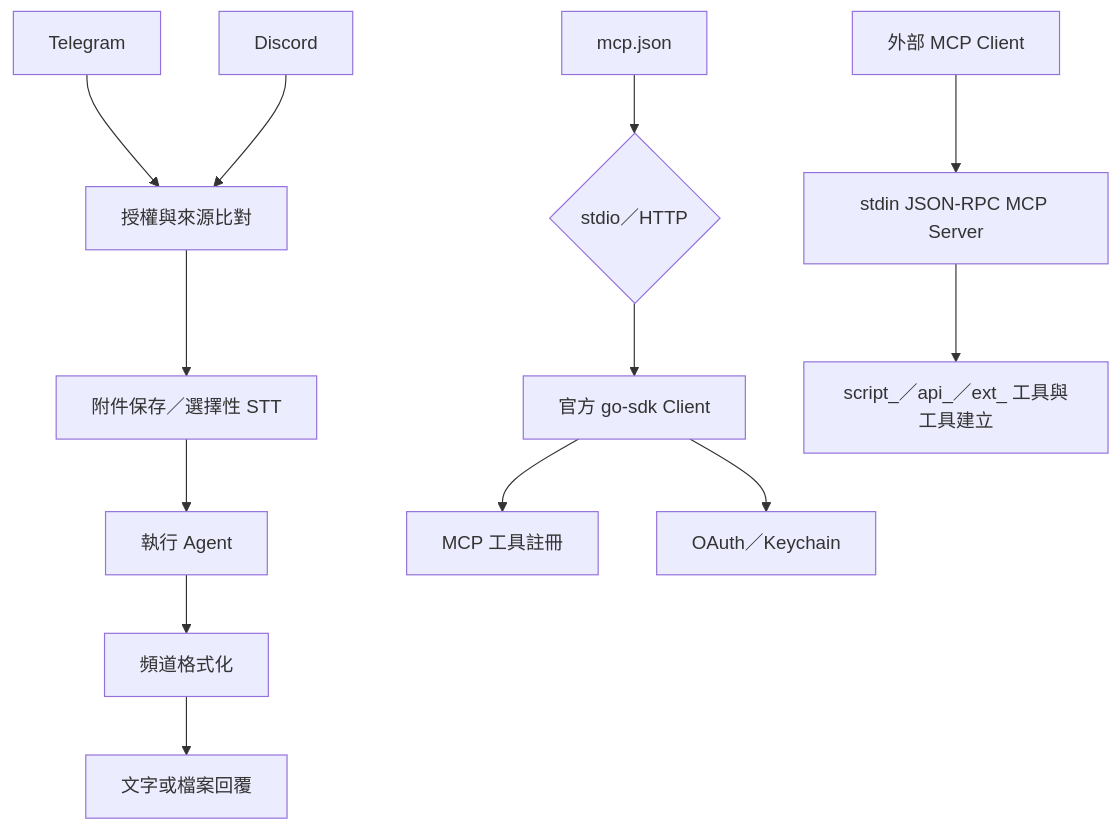
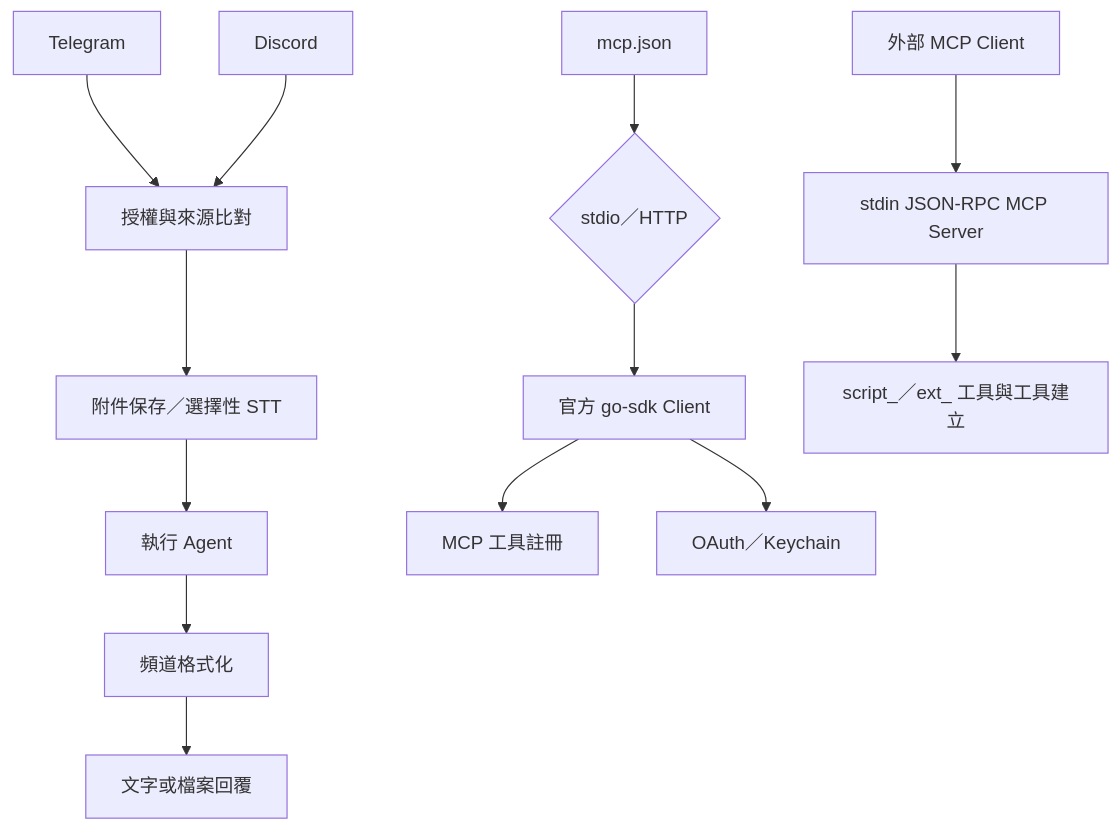
One commit to pardnchiu/Agenvoy changed the eighth of 10 diagrams in doc/architecture.zh.md. Above: the diagram before and after it, drawn with Mermaid. The commit also changed other lines of this file and 5 other files, not shown here.

Commit message:
doc: Update README and architecture docs for public API lookup, sudo/sandbox escalation, background_command and decision model dispatch

````diff
--- a/doc/architecture.zh.md
+++ b/doc/architecture.zh.md
@@ -177,16 +177,16 @@
 ```mermaid
 graph TB
     Telegram[Telegram] --> Auth[授權與來源比對]
     Discord[Discord] --> Auth
     Auth --> Attachments[附件保存／選擇性 STT]
     Attachments --> ChatExec[執行 Agent]
     ChatExec --> Format[頻道格式化]
     Format --> Reply[文字或檔案回覆]
 
     MCPConfig[mcp.json] --> Transport{stdio／HTTP}
     Transport --> MCPClient[官方 go-sdk Client]
     MCPClient --> RemoteTools[MCP 工具註冊]
     MCPClient --> OAuth[OAuth／Keychain]
     External[外部 MCP Client] --> LocalMCP[stdin JSON-RPC MCP Server]
-    LocalMCP --> ToolBox[script_／api_／ext_ 工具與工具建立]
+    LocalMCP --> ToolBox[script_／ext_ 工具與工具建立]
 ```
````
